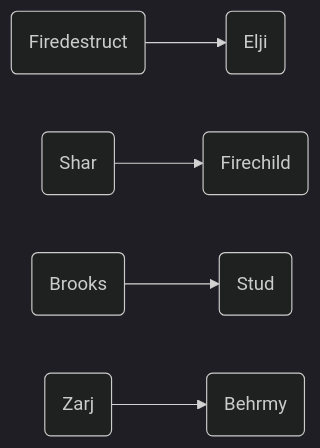
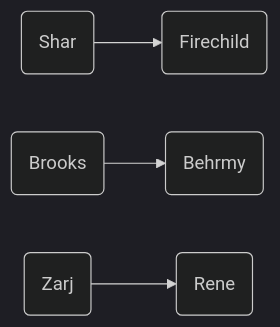
The sixth of 11 diagrams in wepulled/swp/README.md (leemWF/READMEVault), drawn with Mermaid (dark theme) before and after one commit. The commit also changed other lines of this file, not shown here.

````diff
--- a/wepulled/swp/README.md
+++ b/wepulled/swp/README.md
@@ -155,7 +155,6 @@
 ```mermaid
 flowchart LR
-    A(Firedestruct) --> B(Elji)
     C(Shar) --> D(Firechild)
-    E(Brooks) --> F(Stud)
-    G(Zarj) --> H(Behrmy)
+    E(Brooks) --> F(Behrmy)
+    G(Zarj) --> H(Rene)
 ```
````
